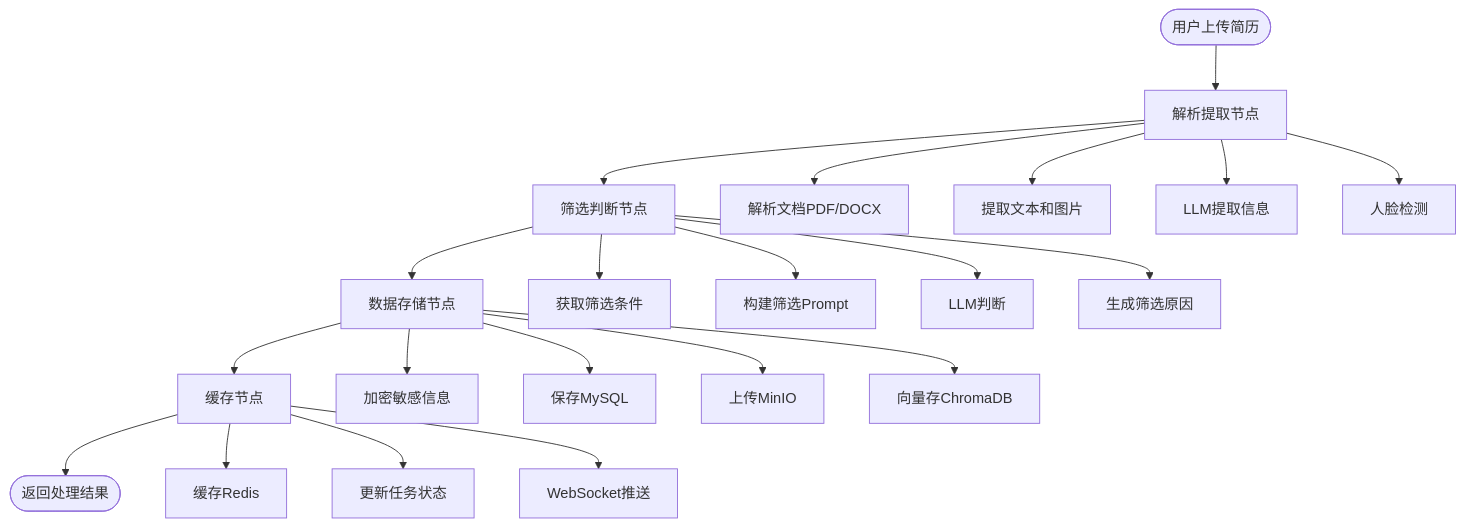
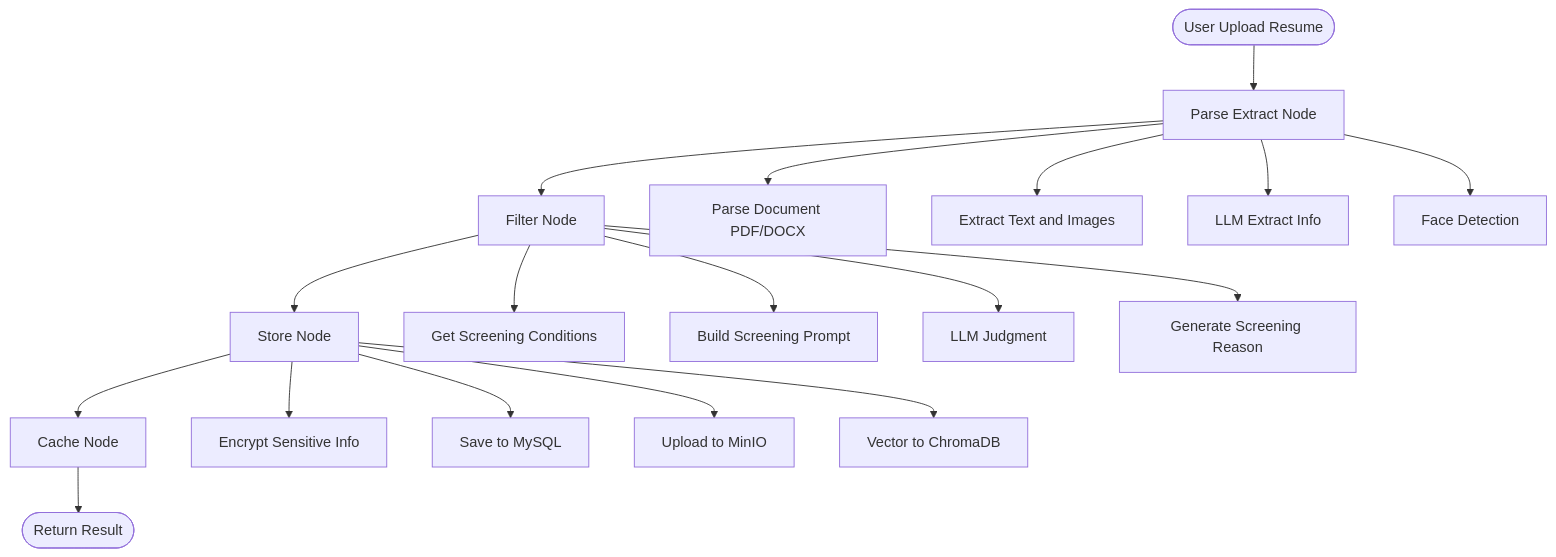
The fourth of 6 diagrams in README.md (xt765/ResumeScreening), drawn with Mermaid before and after one commit. The commit also changed other lines of this file and 7 other files, not shown here.

````diff
--- a/README.md
+++ b/README.md
@@ -271,27 +209,23 @@
 ```mermaid
 graph TB
-    A([用户上传简历]) --> B[解析提取节点]
-    B --> C[筛选判断节点]
-    C --> D[数据存储节点]
-    D --> E[缓存节点]
-    E --> F([返回处理结果])
+    A([User Upload Resume]) --> B[Parse Extract Node]
+    B --> C[Filter Node]
+    C --> D[Store Node]
+    D --> E[Cache Node]
+    E --> F([Return Result])
     
-    B --> B1[解析文档PDF/DOCX]
-    B --> B2[提取文本和图片]
-    B --> B3[LLM提取信息]
-    B --> B4[人脸检测]
+    B --> B1[Parse Document PDF/DOCX]
+    B --> B2[Extract Text and Images]
+    B --> B3[LLM Extract Info]
+    B --> B4[Face Detection]
     
-    C --> C1[获取筛选条件]
-    C --> C2[构建筛选Prompt]
-    C --> C3[LLM判断]
-    C --> C4[生成筛选原因]
+    C --> C1[Get Screening Conditions]
+    C --> C2[Build Screening Prompt]
+    C --> C3[LLM Judgment]
+    C --> C4[Generate Screening Reason]
     
-    D --> D1[加密敏感信息]
-    D --> D2[保存MySQL]
-    D --> D3[上传MinIO]
-    D --> D4[向量存ChromaDB]
-    
-    E --> E1[缓存Redis]
-    E --> E2[更新任务状态]
-    E --> E3[WebSocket推送]
+    D --> D1[Encrypt Sensitive Info]
+    D --> D2[Save to MySQL]
+    D --> D3[Upload to MinIO]
+    D --> D4[Vector to ChromaDB]
 ```
````
